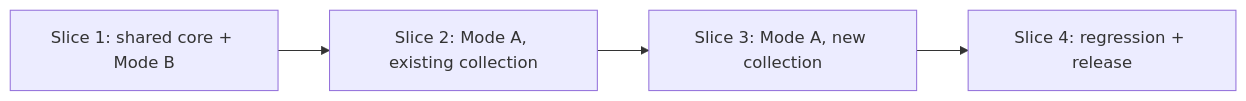
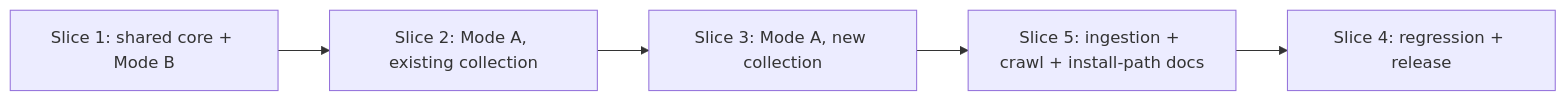
One commit to mdostal/mnemosyne changed the diagram in .pHive/epics/mnemosyne-repo-onboarding/docs/vertical-plan.md. Above: the diagram before and after it, drawn with Mermaid. The commit also changed other lines of this file and 10 other files, not shown here.

````diff
--- a/.pHive/epics/mnemosyne-repo-onboarding/docs/vertical-plan.md
+++ b/.pHive/epics/mnemosyne-repo-onboarding/docs/vertical-plan.md
@@ -79,8 +109,9 @@
 ```mermaid
 graph LR
-  accTitle: Vertical slice sequencing
-  accDescr: Four sequential slices, each a real working-state increment
+  accTitle: Vertical slice sequencing, amended
+  accDescr: Five sequential slices; slice 5 is the 2026-08-19 amendment, landing before the release slice
   S1["Slice 1: shared core + Mode B"] --> S2["Slice 2: Mode A, existing collection"]
   S2 --> S3["Slice 3: Mode A, new collection"]
-  S3 --> S4["Slice 4: regression + release"]
+  S3 --> S5["Slice 5: ingestion + crawl + install-path docs"]
+  S5 --> S4["Slice 4: regression + release"]
 ```
````
